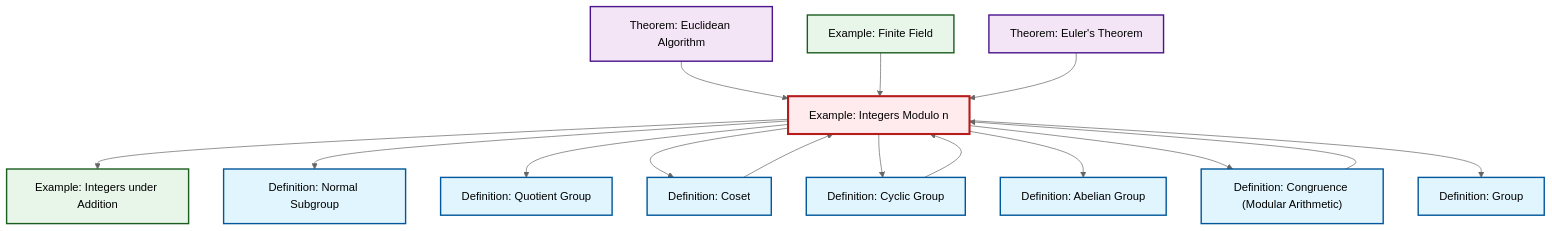
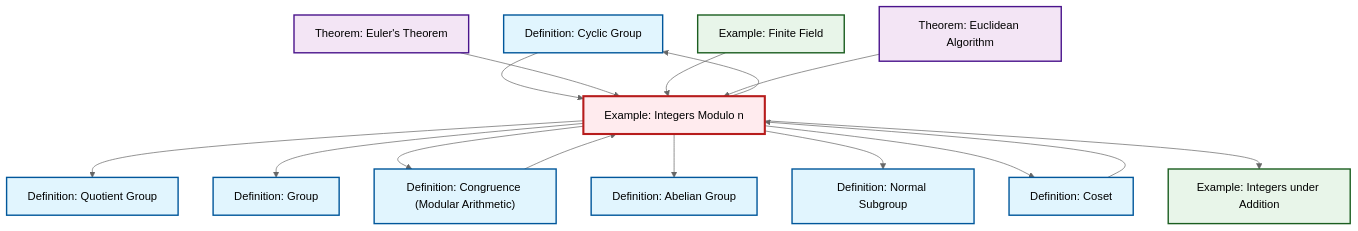
Before and after one commit to RK0429/ModernMath: the diagram in content/en/algebra/ex-quotient-integers-mod-n.qmd, drawn with Mermaid (neutral theme). The commit also changed other lines of this file and 615 other files, not shown here.

````diff
--- a/content/en/algebra/ex-quotient-integers-mod-n.qmd
+++ b/content/en/algebra/ex-quotient-integers-mod-n.qmd
@@ -121,47 +121,47 @@
 ```{mermaid}
 %%| fig-cap: "Local dependency graph"
 graph TD
     classDef definition fill:#e1f5fe,stroke:#01579b,stroke-width:2px
     classDef theorem fill:#f3e5f5,stroke:#4a148c,stroke-width:2px
     classDef axiom fill:#fff3e0,stroke:#e65100,stroke-width:2px
     classDef example fill:#e8f5e9,stroke:#1b5e20,stroke-width:2px
     classDef current fill:#ffebee,stroke:#b71c1c,stroke-width:3px
+    ex-integers-addition["Example: Integers under Addition"]:::example
+    def-group["Definition: Group"]:::definition
+    def-cyclic-group["Definition: Cyclic Group"]:::definition
     thm-euler["Theorem: Euler's Theorem"]:::theorem
+    def-congruence["Definition: Congruence (Modular Arithmetic)"]:::definition
     def-abelian-group["Definition: Abelian Group"]:::definition
+    ex-quotient-integers-mod-n["Example: Integers Modulo n"]:::example
+    def-coset["Definition: Coset"]:::definition
+    def-normal-subgroup["Definition: Normal Subgroup"]:::definition
+    ex-finite-field["Example: Finite Field"]:::example
+    thm-euclidean-algorithm["Theorem: Euclidean Algorithm"]:::theorem
     def-quotient-group["Definition: Quotient Group"]:::definition
-    ex-integers-addition["Example: Integers under Addition"]:::example
-    def-cyclic-group["Definition: Cyclic Group"]:::definition
-    thm-euclidean-algorithm["Theorem: Euclidean Algorithm"]:::theorem
-    def-coset["Definition: Coset"]:::definition
-    def-group["Definition: Group"]:::definition
-    ex-finite-field["Example: Finite Field"]:::example
-    def-normal-subgroup["Definition: Normal Subgroup"]:::definition
-    def-congruence["Definition: Congruence (Modular Arithmetic)"]:::definition
-    ex-quotient-integers-mod-n["Example: Integers Modulo n"]:::example
+    def-cyclic-group --> ex-quotient-integers-mod-n
+    ex-quotient-integers-mod-n --> def-quotient-group
+    thm-euler --> ex-quotient-integers-mod-n
     def-coset --> ex-quotient-integers-mod-n
-    ex-quotient-integers-mod-n --> ex-integers-addition
+    ex-quotient-integers-mod-n --> def-group
+    ex-finite-field --> ex-quotient-integers-mod-n
+    ex-quotient-integers-mod-n --> def-congruence
+    ex-quotient-integers-mod-n --> def-abelian-group
+    ex-quotient-integers-mod-n --> def-cyclic-group
+    ex-quotient-integers-mod-n --> def-normal-subgroup
+    ex-quotient-integers-mod-n --> def-coset
     thm-euclidean-algorithm --> ex-quotient-integers-mod-n
     def-congruence --> ex-quotient-integers-mod-n
-    def-cyclic-group --> ex-quotient-integers-mod-n
-    ex-quotient-integers-mod-n --> def-normal-subgroup
-    ex-quotient-integers-mod-n --> def-quotient-group
-    ex-finite-field --> ex-quotient-integers-mod-n
-    ex-quotient-integers-mod-n --> def-coset
-    ex-quotient-integers-mod-n --> def-cyclic-group
-    thm-euler --> ex-quotient-integers-mod-n
-    ex-quotient-integers-mod-n --> def-abelian-group
-    ex-quotient-integers-mod-n --> def-congruence
-    ex-quotient-integers-mod-n --> def-group
+    ex-quotient-integers-mod-n --> ex-integers-addition
     class ex-quotient-integers-mod-n current
+    click ex-integers-addition "ex-integers-addition.html" "Go to Integers under Addition example"
+    click def-group "def-group.html" "Go to Group definition"
+    click def-cyclic-group "def-cyclic-group.html" "Go to Cyclic Group definition"
     click thm-euler "thm-euler.html" "Go to Euler's Theorem theorem"
+    click def-congruence "def-congruence.html" "Go to Congruence (Modular Arithmetic) definition"
     click def-abelian-group "def-abelian-group.html" "Go to Abelian Group definition"
+    click def-coset "def-coset.html" "Go to Coset definition"
+    click def-normal-subgroup "def-normal-subgroup.html" "Go to Normal Subgroup definition"
+    click ex-finite-field "ex-finite-field.html" "Go to Finite Field example"
+    click thm-euclidean-algorithm "thm-euclidean-algorithm.html" "Go to Euclidean Algorithm theorem"
     click def-quotient-group "def-quotient-group.html" "Go to Quotient Group definition"
-    click ex-integers-addition "ex-integers-addition.html" "Go to Integers under Addition example"
-    click def-cyclic-group "def-cyclic-group.html" "Go to Cyclic Group definition"
-    click thm-euclidean-algorithm "thm-euclidean-algorithm.html" "Go to Euclidean Algorithm theorem"
-    click def-coset "def-coset.html" "Go to Coset definition"
-    click def-group "def-group.html" "Go to Group definition"
-    click ex-finite-field "ex-finite-field.html" "Go to Finite Field example"
-    click def-normal-subgroup "def-normal-subgroup.html" "Go to Normal Subgroup definition"
-    click def-congruence "def-congruence.html" "Go to Congruence (Modular Arithmetic) definition"
 ```
````
